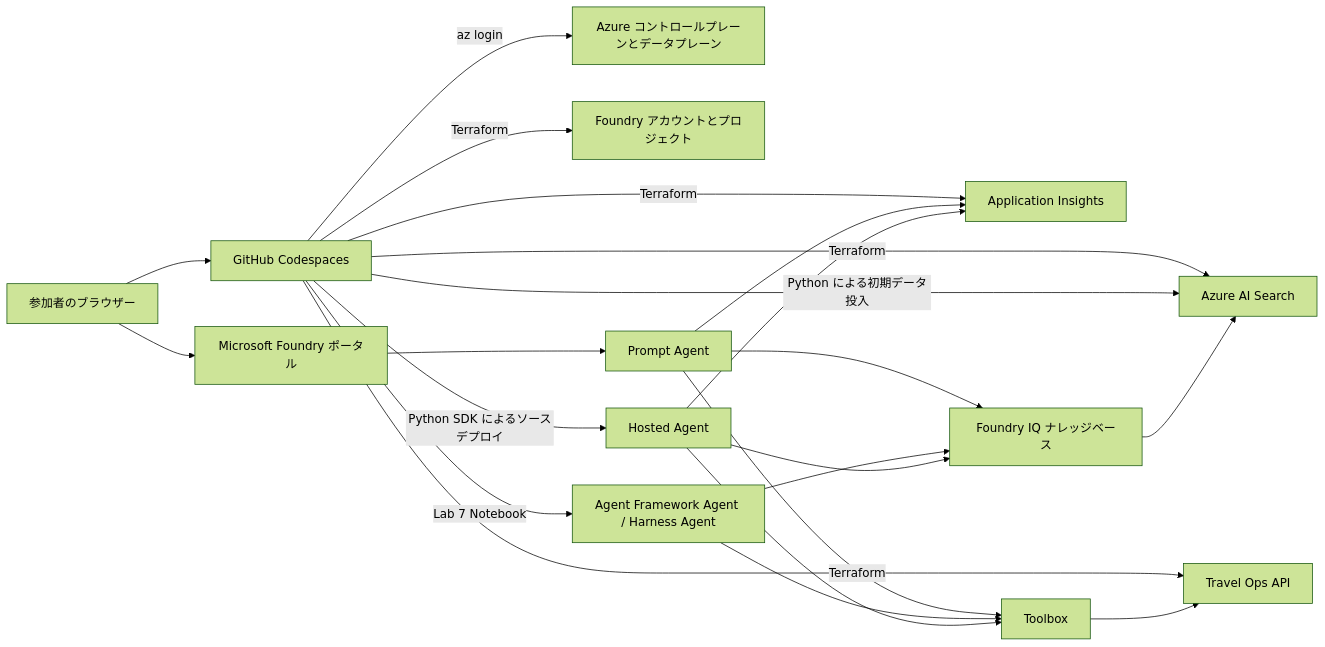
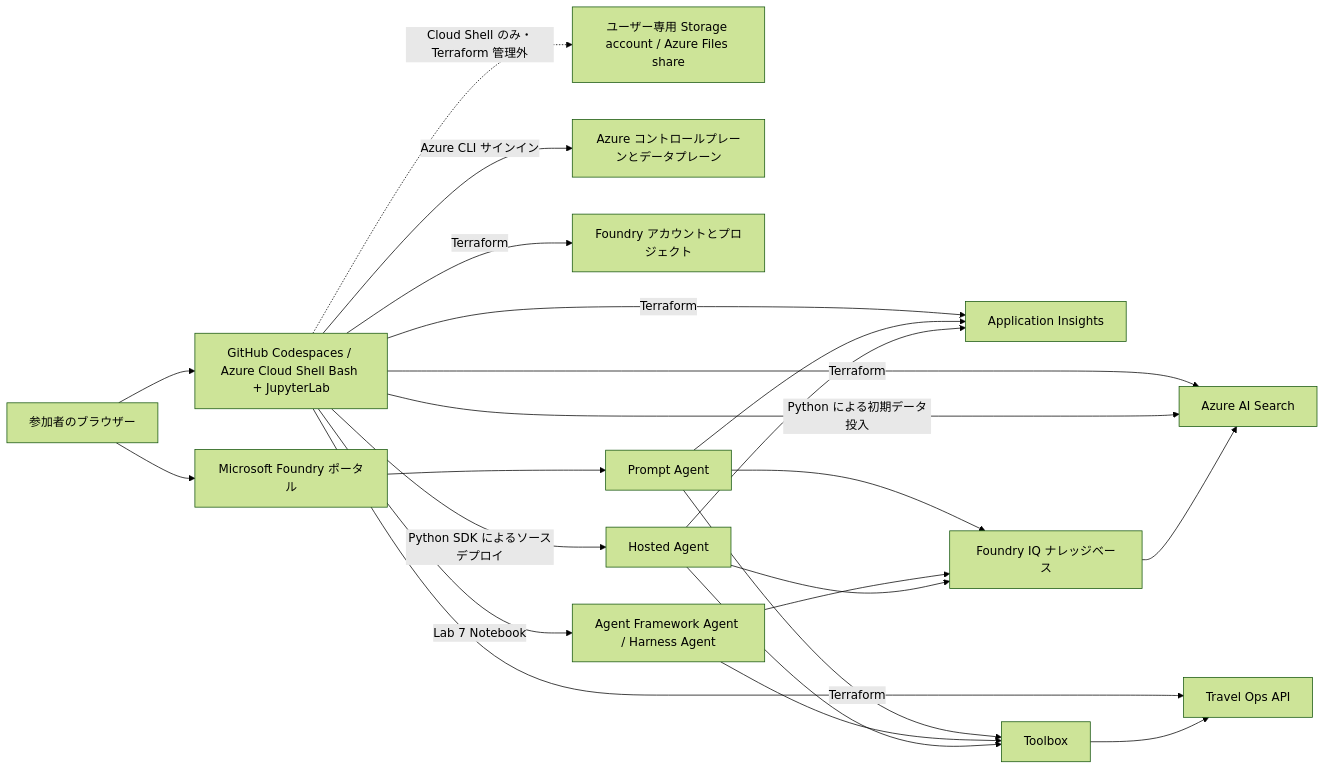
The diagram in docs/architecture.md (matayuuu/Microsoft-Foundry-Agent-Service-Handson), drawn with Mermaid (forest theme) before and after one commit. The commit also changed other lines of this file and 69 other files, not shown here.

First line of the commit message:
Add Azure Cloud Shell workshop support

````diff
--- a/docs/architecture.md
+++ b/docs/architecture.md
@@ -35,24 +37,25 @@
 ```mermaid
 flowchart LR
     browser[参加者のブラウザー] --> portal[Microsoft Foundry ポータル]
-    browser --> codespace[GitHub Codespaces]
-    codespace -->|az login| azure[Azure コントロールプレーンとデータプレーン]
-    codespace -->|Terraform| foundry[Foundry アカウントとプロジェクト]
-    codespace -->|Terraform| search[Azure AI Search]
-    codespace -->|Terraform| monitor[Application Insights]
-    codespace -->|Terraform| api[Travel Ops API]
-    codespace -->|Python による初期データ投入| search
+    browser --> environment["GitHub Codespaces / Azure Cloud Shell Bash + JupyterLab"]
+    environment -.->|Cloud Shell のみ・Terraform 管理外| shellstorage["ユーザー専用 Storage account / Azure Files share"]
+    environment -->|Azure CLI サインイン| azure[Azure コントロールプレーンとデータプレーン]
+    environment -->|Terraform| foundry[Foundry アカウントとプロジェクト]
+    environment -->|Terraform| search[Azure AI Search]
+    environment -->|Terraform| monitor[Application Insights]
+    environment -->|Terraform| api[Travel Ops API]
+    environment -->|Python による初期データ投入| search
     portal --> prompt[Prompt Agent]
     prompt --> iq[Foundry IQ ナレッジベース]
     iq --> search
     prompt --> toolbox[Toolbox]
     toolbox --> api
-    codespace -->|Lab 7 Notebook| codeagent[Agent Framework Agent / Harness Agent]
+    environment -->|Lab 7 Notebook| codeagent[Agent Framework Agent / Harness Agent]
     codeagent --> iq
     codeagent --> toolbox
-    codespace -->|Python SDK によるソースデプロイ| hosted[Hosted Agent]
+    environment -->|Python SDK によるソースデプロイ| hosted[Hosted Agent]
     hosted --> iq
     hosted --> toolbox
     prompt --> monitor
     hosted --> monitor
 ```
````
